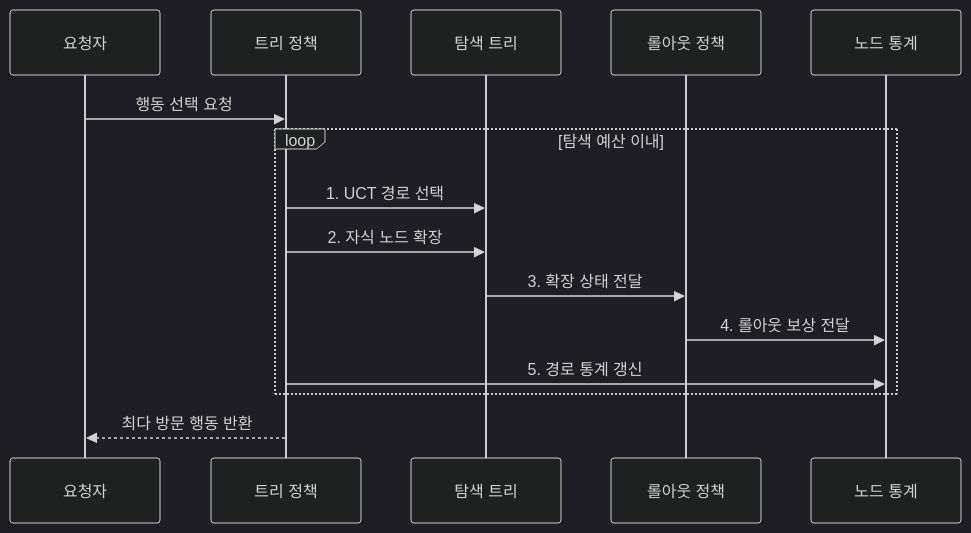
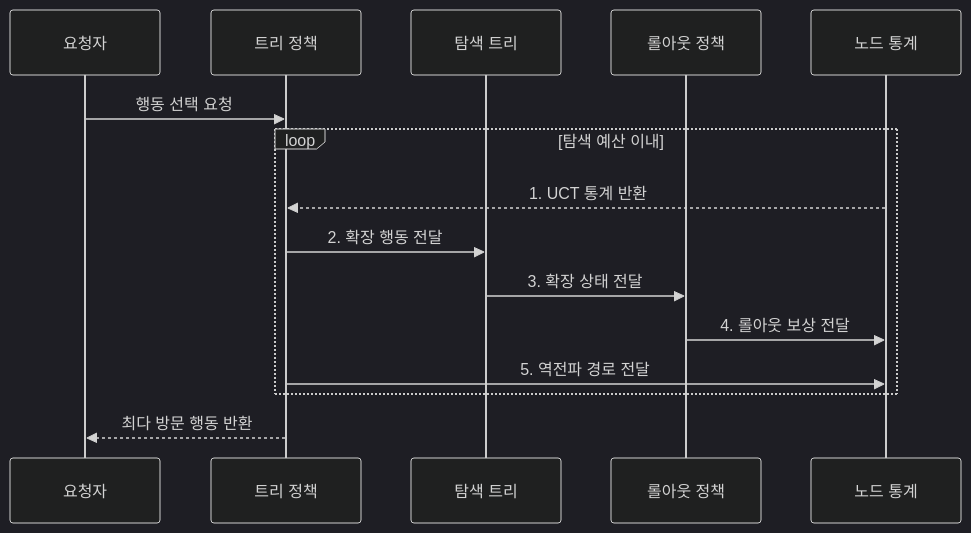
The second of 2 diagrams in src/content/docs/notes/01-basic-theory/018_mcts.md (agnusdei1207/knowledge-base), drawn with Mermaid (dark theme) before and after one commit. The commit also changed other lines of this file and 19 other files, not shown here.

````diff
--- a/src/content/docs/notes/01-basic-theory/018_mcts.md
+++ b/src/content/docs/notes/01-basic-theory/018_mcts.md
@@ -90,17 +90,17 @@
 ```mermaid
 sequenceDiagram
     participant Q as 요청자
     participant T as 트리 정책
     participant R as 탐색 트리
     participant P as 롤아웃 정책
     participant S as 노드 통계
     Q->>T: 행동 선택 요청
     loop 탐색 예산 이내
-        T->>R: 1. UCT 경로 선택
-        T->>R: 2. 자식 노드 확장
+        S-->>T: 1. UCT 통계 반환
+        T->>R: 2. 확장 행동 전달
         R->>P: 3. 확장 상태 전달
         P->>S: 4. 롤아웃 보상 전달
-        T->>S: 5. 경로 통계 갱신
+        T->>S: 5. 역전파 경로 전달
     end
     T-->>Q: 최다 방문 행동 반환
 ```
````
